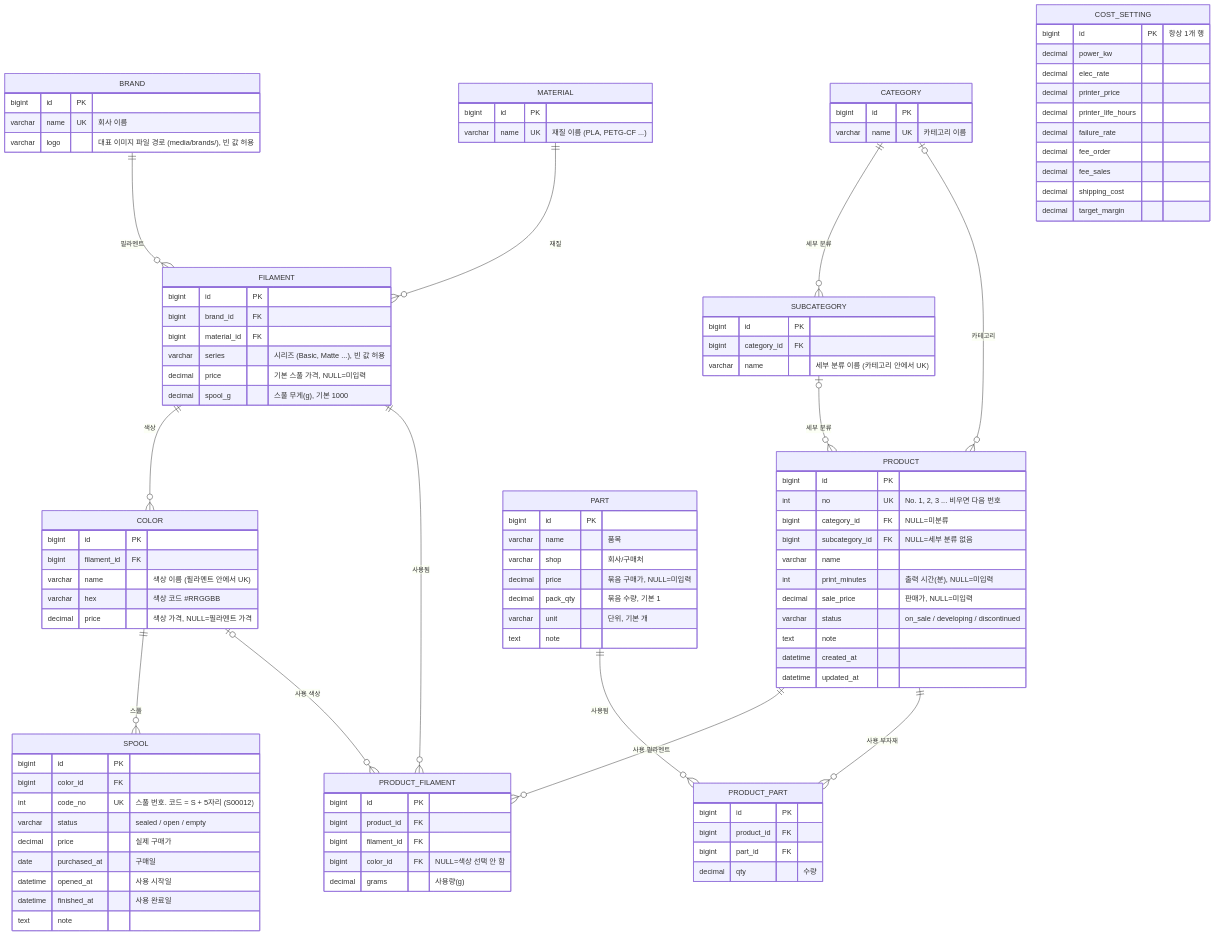
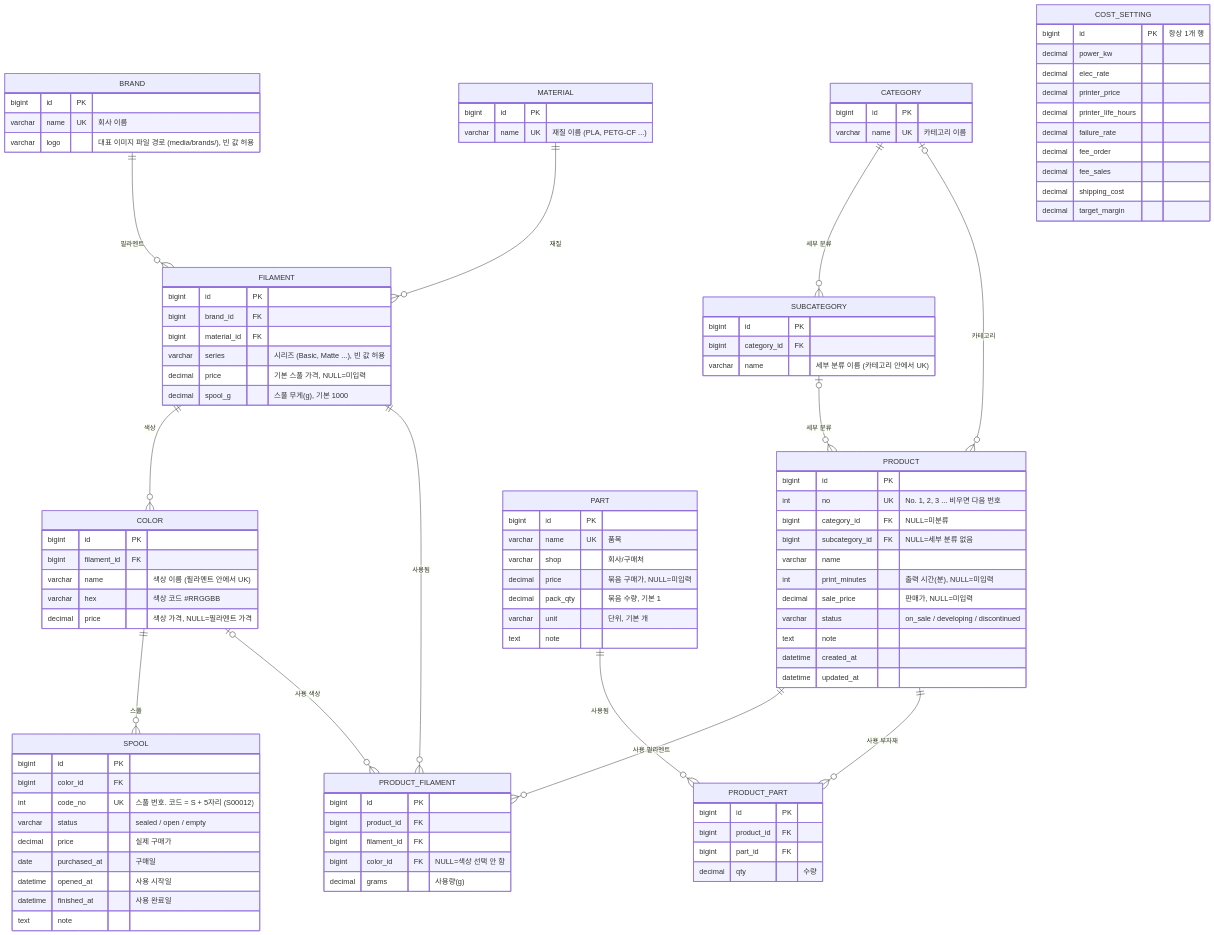
Before and after one commit to probeV/3D-Farm-Farm: the diagram in docs/ERD.md, drawn with Mermaid. The commit also changed other lines of this file and 3 other files, not shown here.

```diff
--- a/docs/ERD.md
+++ b/docs/ERD.md
@@ -56,7 +56,7 @@
     }
     PART {
         bigint id PK
-        varchar name "품목"
+        varchar name UK "품목"
         varchar shop "회사/구매처"
         decimal price "묶음 구매가, NULL=미입력"
         decimal pack_qty "묶음 수량, 기본 1"
```
